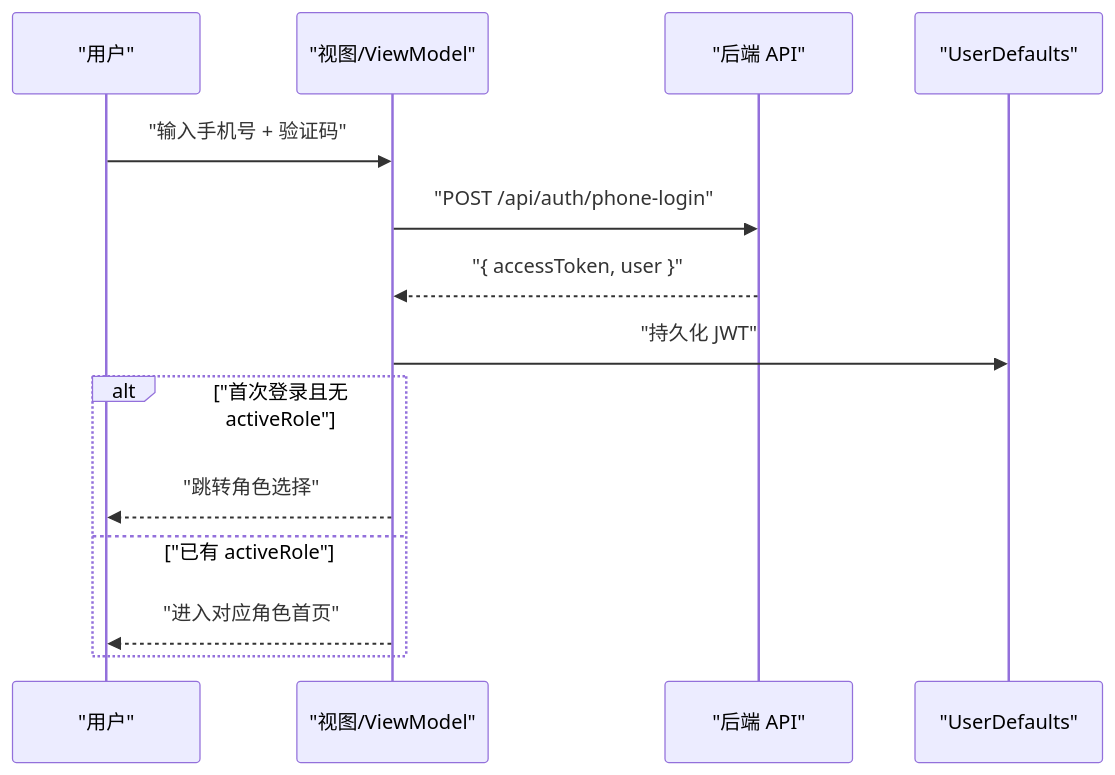
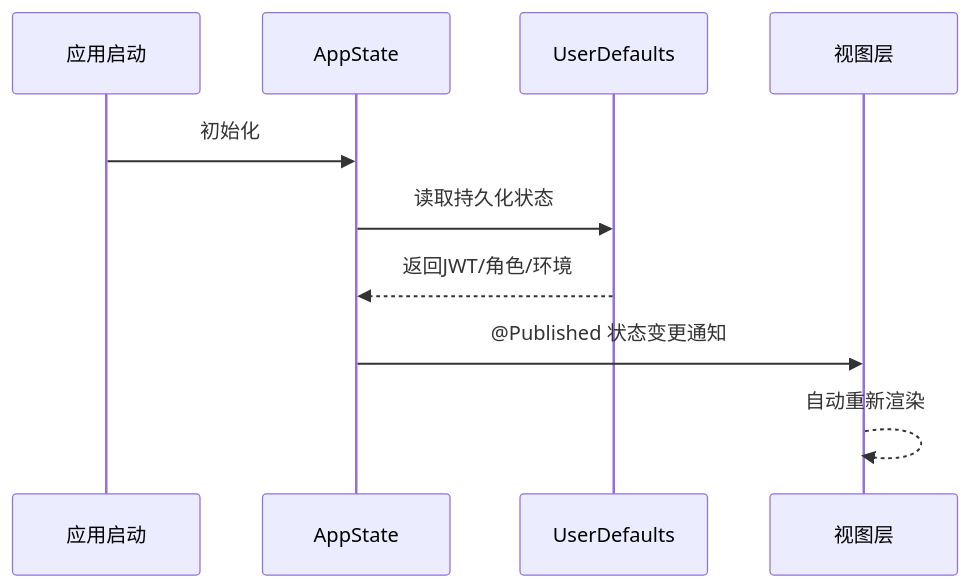
The second of 4 diagrams in .qoder/repowiki/zh/content/架构设计/状态管理模式.md (Jayden23018/blind-run-ios), drawn with Mermaid before and after one commit. The commit also changed other lines of this file and 35 other files, not shown here.

Commit message:
Implement backend auth and role-switch flow

````diff
--- a/.qoder/repowiki/zh/content/架构设计/状态管理模式.md
+++ b/.qoder/repowiki/zh/content/架构设计/状态管理模式.md
@@ -173,16 +105,12 @@
 ```mermaid
 sequenceDiagram
-participant U as "用户"
-participant V as "视图/ViewModel"
-participant API as "后端 API"
-participant Store as "UserDefaults"
-U->>V : "输入手机号 + 验证码"
-V->>API : "POST /api/auth/phone-login"
-API-->>V : "{ accessToken, user }"
-V->>Store : "持久化 JWT"
-alt "首次登录且无 activeRole"
-V-->>U : "跳转角色选择"
-else "已有 activeRole"
-V-->>U : "进入对应角色首页"
-end
+participant App as 应用启动
+participant AppState as AppState
+participant UserDefaults as UserDefaults
+participant View as 视图层
+App->>AppState : 初始化
+AppState->>UserDefaults : 读取持久化状态
+UserDefaults-->>AppState : 返回JWT/角色/环境
+AppState->>View : @Published 状态变更通知
+View-->>View : 自动重新渲染
 ```
````
